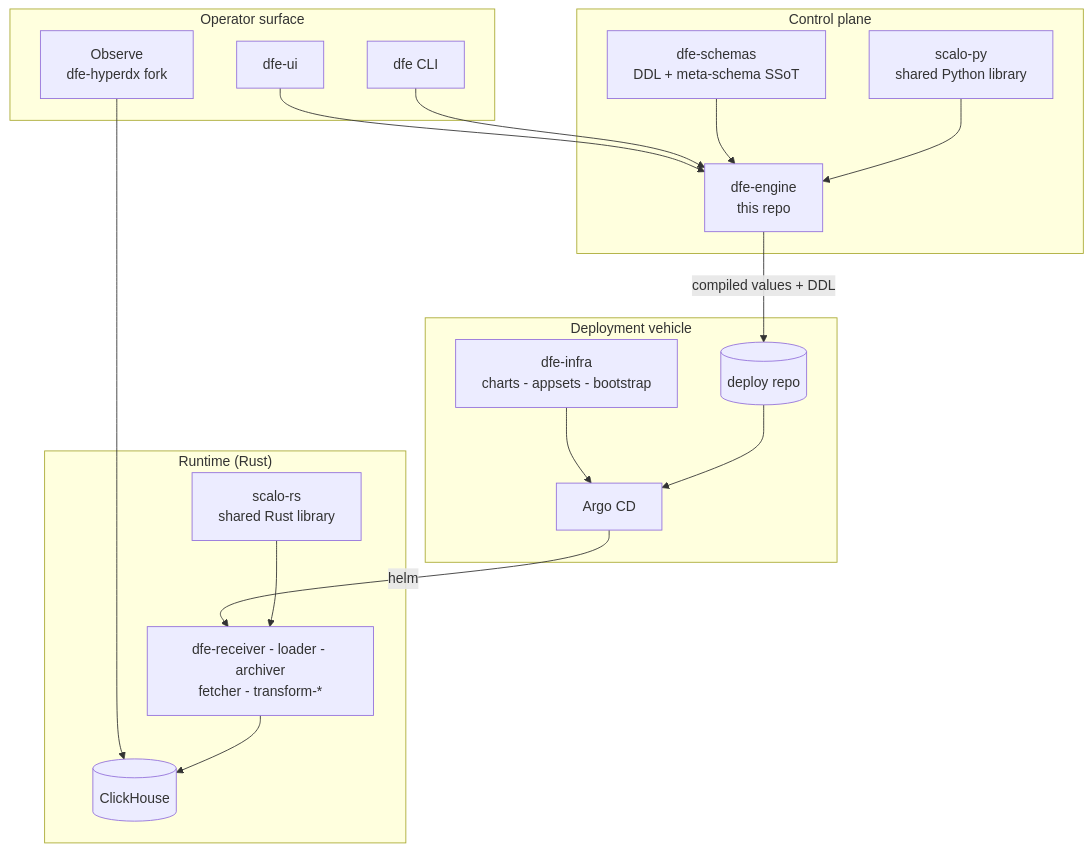
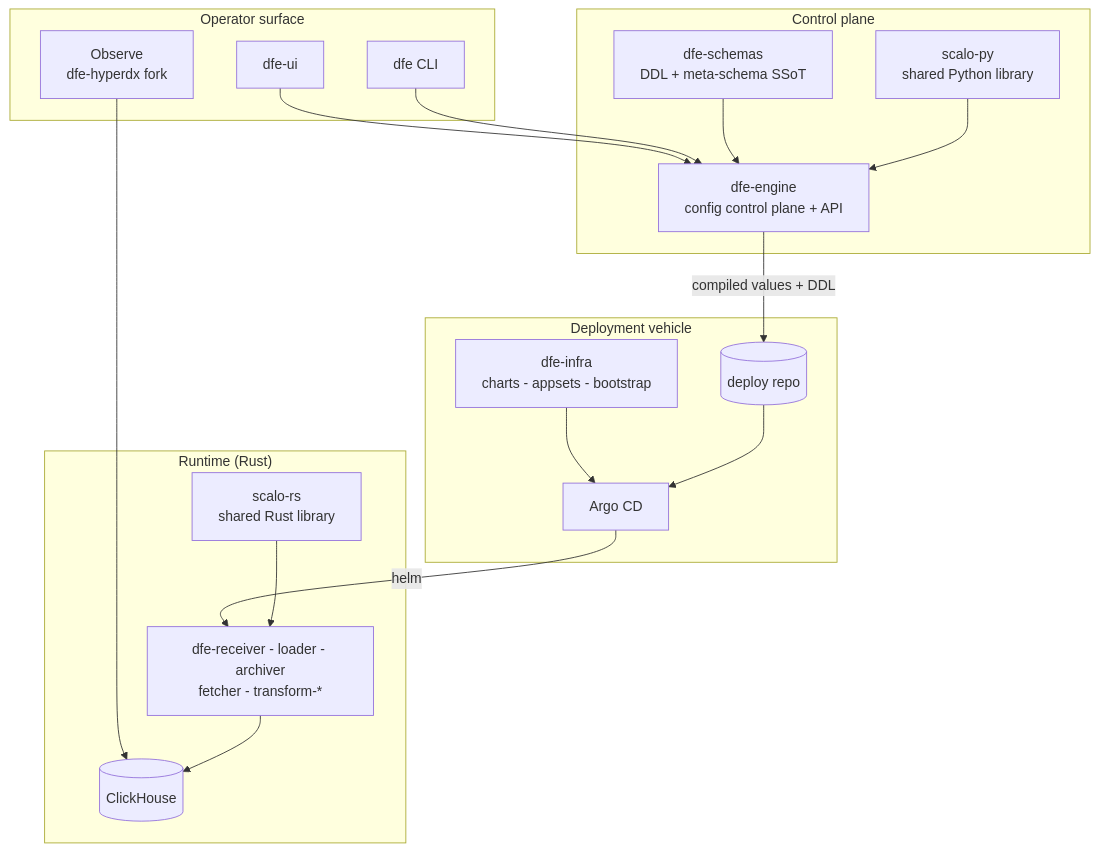
One commit to hyperi-io/dfe-engine changed the first of 6 diagrams in docs/architecture.md. Above: the diagram before and after it, drawn with Mermaid. The commit also changed other lines of this file and 2 other files, not shown here.

First line of the commit message:
fix(api): describe the base path and login in the OpenAPI spec

````diff
--- a/docs/architecture.md
+++ b/docs/architecture.md
@@ -16,34 +16,34 @@
 ```mermaid
 flowchart TB
     subgraph surface["Operator surface"]
         UI[dfe-ui]
         HDX[Observe<br/>dfe-hyperdx fork]
         CLI[dfe CLI]
     end
     subgraph control["Control plane"]
-        ENG[dfe-engine<br/>this repo]
+        ENG[dfe-engine<br/>config control plane + API]
         SCH[dfe-schemas<br/>DDL + meta-schema SSoT]
         SPY[scalo-py<br/>shared Python library]
     end
     subgraph deploy["Deployment vehicle"]
         INF[dfe-infra<br/>charts - appsets - bootstrap]
         DREPO[(deploy repo)]
         ARGO[Argo CD]
     end
     subgraph runtime["Runtime (Rust)"]
         RSVC[dfe-receiver - loader - archiver<br/>fetcher - transform-*]
         SRS[scalo-rs<br/>shared Rust library]
         CH[(ClickHouse)]
     end
     UI --> ENG
     HDX --> CH
     CLI --> ENG
     SCH --> ENG
     SPY --> ENG
     ENG -->|compiled values + DDL| DREPO
     INF --> ARGO
     DREPO --> ARGO
     ARGO -->|helm| RSVC
     SRS --> RSVC
     RSVC --> CH
 ```
````
